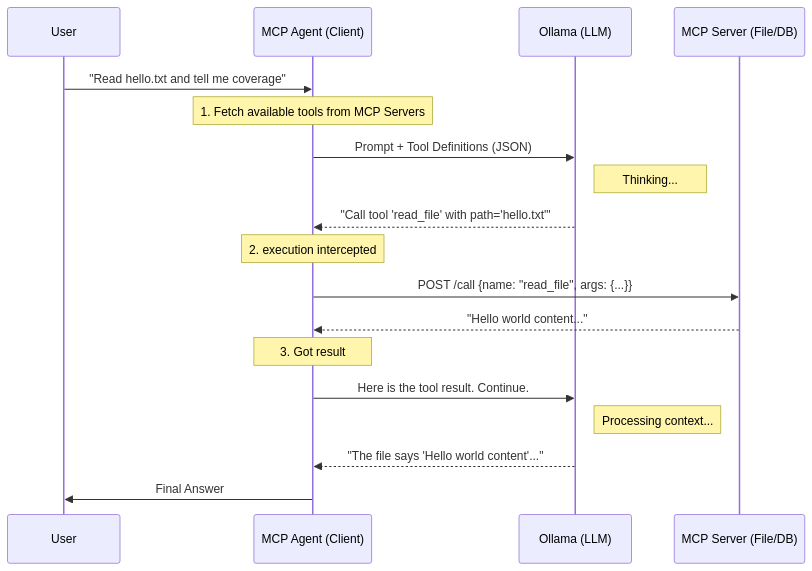
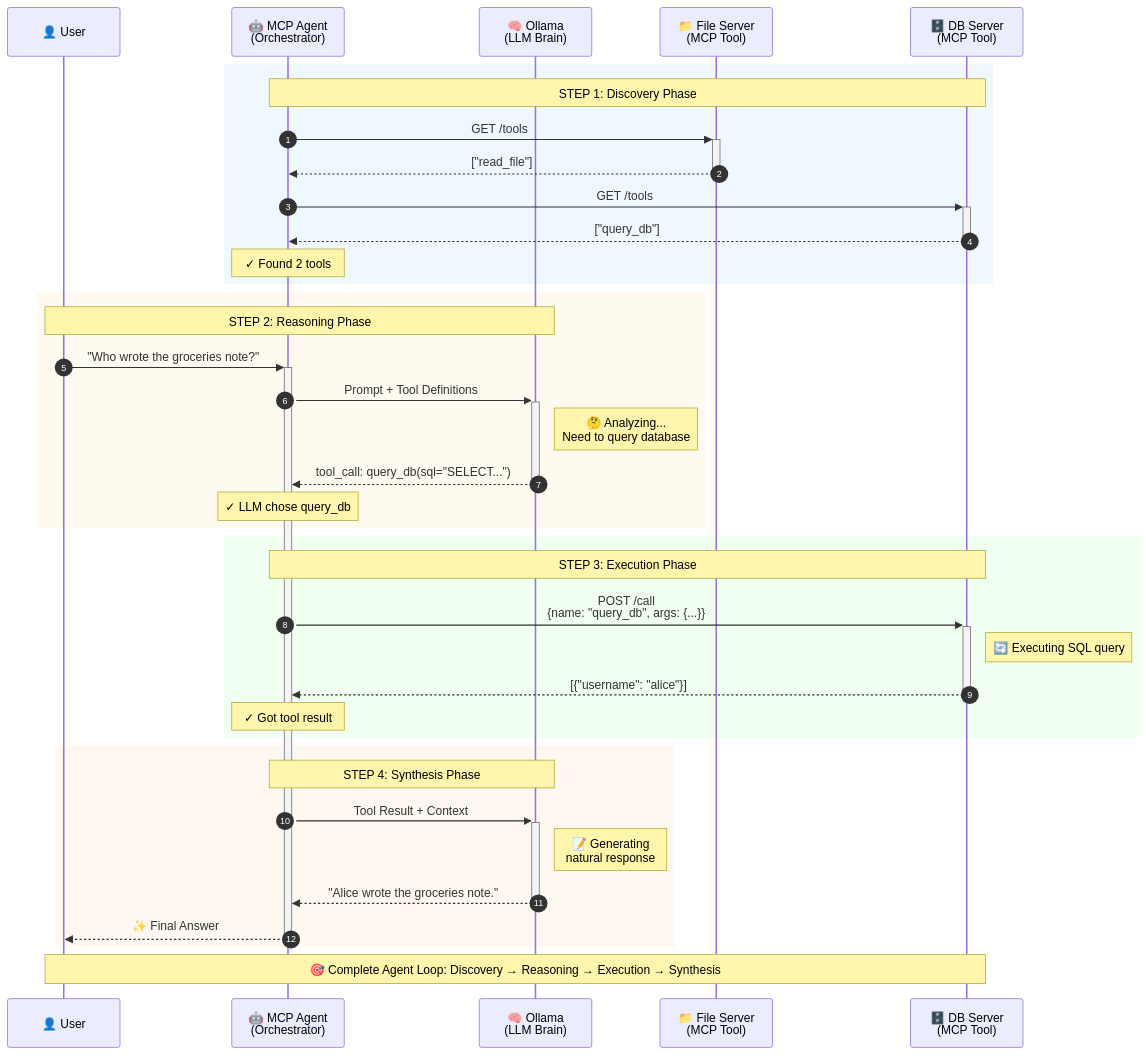
The diagram in README.md (manzolo/mcp-lab), drawn with Mermaid before and after one commit. The commit also changed other lines of this file and 24 other files, not shown here.

Commit message:
feat: Add LLM output sanitization, input validation, and new client library components with a setup wizard and updated infrastructure.

````diff
--- a/README.md
+++ b/README.md
@@ -20,21 +59,45 @@
 ```mermaid
 sequenceDiagram
-    participant User
-    participant Agent as MCP Agent (Client)
-    participant Ollama as Ollama (LLM)
-    participant Tool as MCP Server (File/DB)
+    autonumber
+    participant User as 👤 User
+    participant Agent as 🤖 MCP Agent<br/>(Orchestrator)
+    participant Ollama as 🧠 Ollama<br/>(LLM Brain)
+    participant FileServer as 📁 File Server<br/>(MCP Tool)
+    participant DBServer as 🗄️ DB Server<br/>(MCP Tool)
 
-    User->>Agent: "Read hello.txt and tell me coverage"
-    Note over Agent: 1. Fetch available tools from MCP Servers
-    Agent->>Ollama: Prompt + Tool Definitions (JSON)
-    note right of Ollama: Thinking...
-    Ollama-->>Agent: "Call tool 'read_file' with path='hello.txt'"
-    Note over Agent: 2. execution intercepted
-    Agent->>Tool: POST /call {name: "read_file", args: {...}}
-    Tool-->>Agent: "Hello world content..."
-    Note over Agent: 3. Got result
-    Agent->>Ollama: Here is the tool result. Continue.
-    note right of Ollama: Processing context...
-    Ollama-->>Agent: "The file says 'Hello world content'..."
-    Agent->>User: Final Answer
+    rect rgb(240, 248, 255)
+        Note over Agent,DBServer: STEP 1: Discovery Phase
+        Agent->>+FileServer: GET /tools
+        FileServer-->>-Agent: ["read_file"]
+        Agent->>+DBServer: GET /tools
+        DBServer-->>-Agent: ["query_db"]
+        Note over Agent: ✓ Found 2 tools
+    end
+
+    rect rgb(255, 250, 240)
+        Note over User,Ollama: STEP 2: Reasoning Phase
+        User->>+Agent: "Who wrote the groceries note?"
+        Agent->>+Ollama: Prompt + Tool Definitions
+        Note right of Ollama: 🤔 Analyzing...<br/>Need to query database
+        Ollama-->>-Agent: tool_call: query_db(sql="SELECT...")
+        Note over Agent: ✓ LLM chose query_db
+    end
+
+    rect rgb(240, 255, 240)
+        Note over Agent,DBServer: STEP 3: Execution Phase
+        Agent->>+DBServer: POST /call<br/>{name: "query_db", args: {...}}
+        Note right of DBServer: 🔄 Executing SQL query
+        DBServer-->>-Agent: [{"username": "alice"}]
+        Note over Agent: ✓ Got tool result
+    end
+
+    rect rgb(255, 248, 240)
+        Note over Agent,Ollama: STEP 4: Synthesis Phase
+        Agent->>+Ollama: Tool Result + Context
+        Note right of Ollama: 📝 Generating<br/>natural response
+        Ollama-->>-Agent: "Alice wrote the groceries note."
+        Agent-->>-User: ✨ Final Answer
+    end
+
+    Note over User,DBServer: 🎯 Complete Agent Loop: Discovery → Reasoning → Execution → Synthesis
 ```
````
